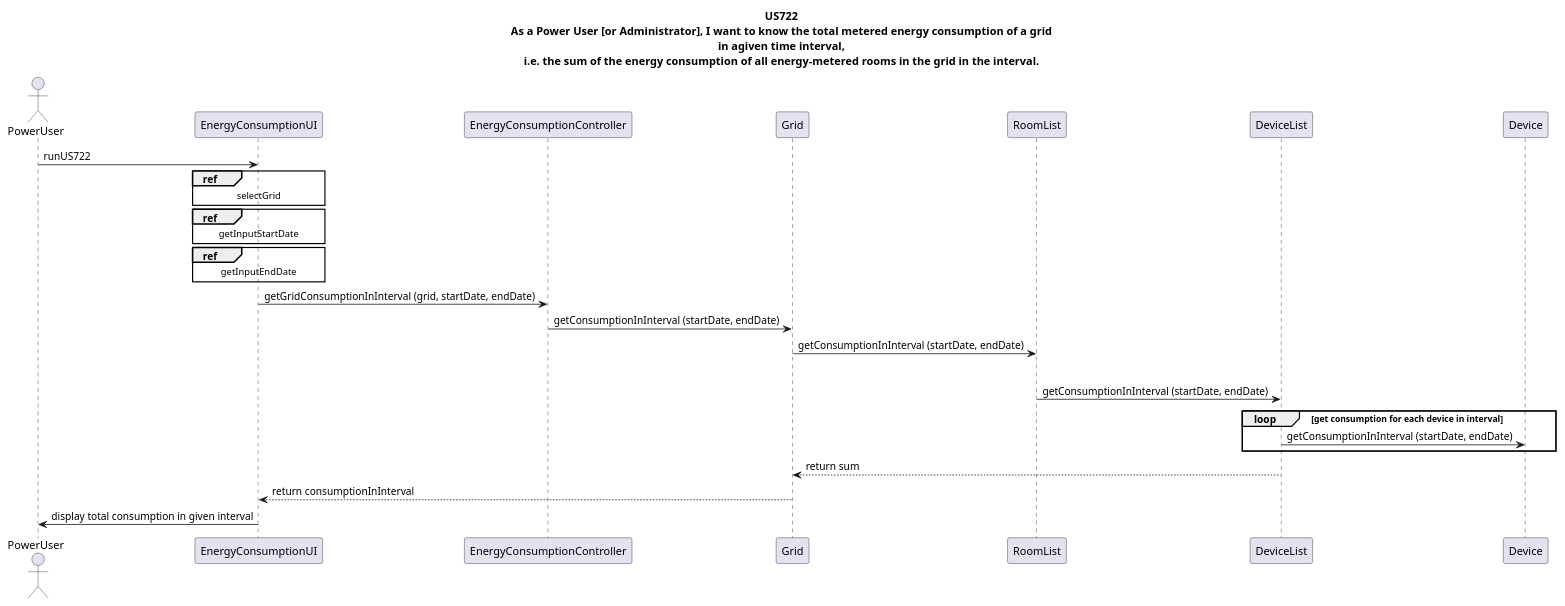
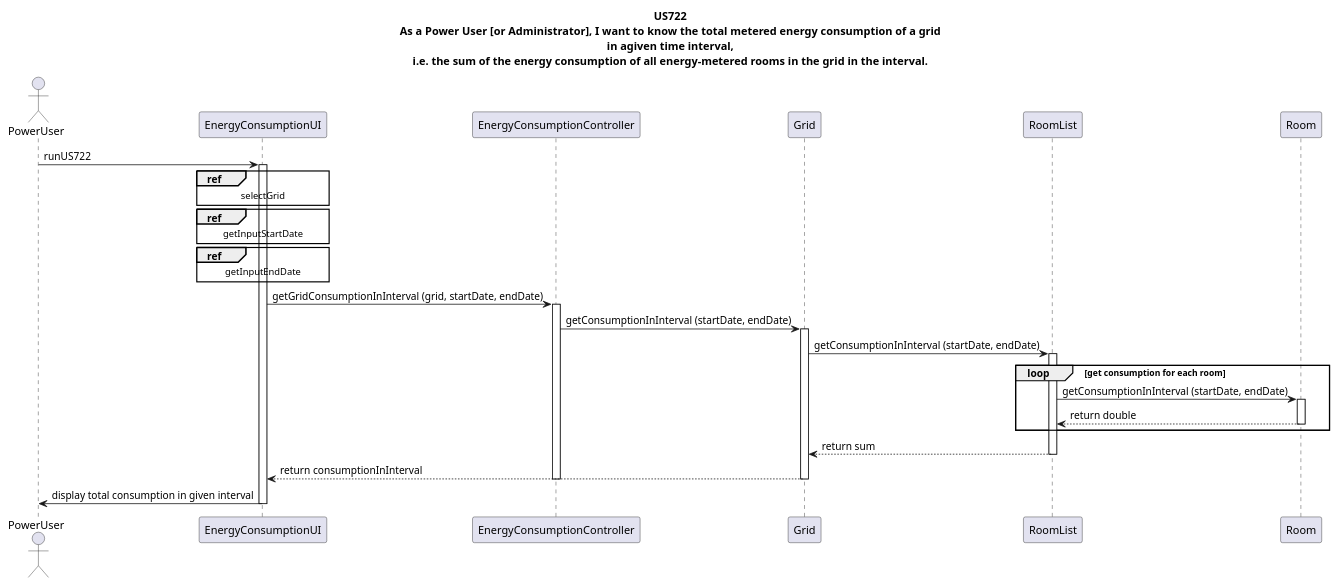
Before and after one commit to Almadanmp/project: the diagram in uml/US722/US722.puml, drawn with PlantUML. The commit also changed 1 other file, not shown here.

Commit message:
Refs #101. Fixes US721 and US722 UML sequence diagrams.

```diff
--- a/uml/US722/US722.puml
+++ b/uml/US722/US722.puml
@@ -1,25 +1,34 @@
 @startuml
 title US722\nAs a Power User [or Administrator], I want to know the total metered energy consumption of a grid\nin agiven time interval,\ni.e. the sum of the energy consumption of all energy-metered rooms in the grid in the interval.
 actor PowerUser
 PowerUser -> EnergyConsumptionUI: runUS722
+activate EnergyConsumptionUI
 ref over EnergyConsumptionUI
 selectGrid
 end ref
 ref over EnergyConsumptionUI
 getInputStartDate
 end ref
 ref over EnergyConsumptionUI
 getInputEndDate
 end ref
 EnergyConsumptionUI -> EnergyConsumptionController: getGridConsumptionInInterval (grid, startDate, endDate)
+activate EnergyConsumptionController
 EnergyConsumptionController -> Grid: getConsumptionInInterval (startDate, endDate)
+activate Grid
 Grid -> RoomList: getConsumptionInInterval (startDate, endDate)
+activate RoomList
 loop get consumption for each room
-RoomList -> DeviceList: getConsumptionInInterval (startDate, endDate)
-loop get consumption for each device in interval
-DeviceList -> Device: getConsumptionInInterval (startDate, endDate)
+RoomList -> Room: getConsumptionInInterval (startDate, endDate)
+activate Room
+Room --> RoomList: return double
+deactivate Room
 end
-DeviceList --> Grid: return sum
+RoomList --> Grid: return sum
+deactivate RoomList
 Grid --> EnergyConsumptionUI: return consumptionInInterval
+deactivate Grid
+deactivate EnergyConsumptionController
 EnergyConsumptionUI -> PowerUser: display total consumption in given interval
+deactivate EnergyConsumptionUI
 @enduml
```
